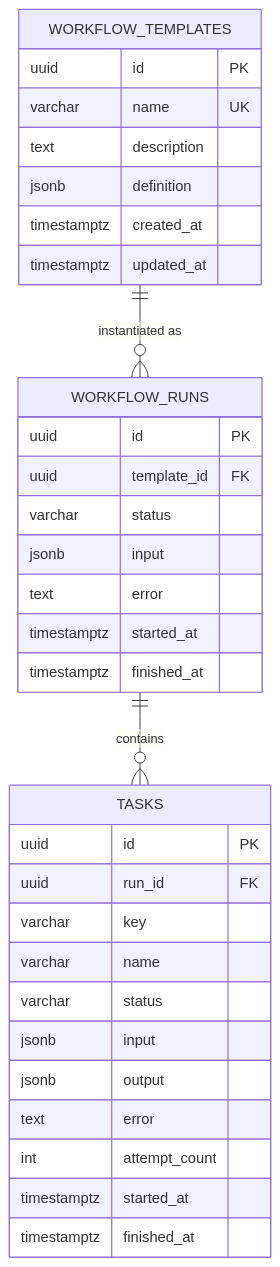
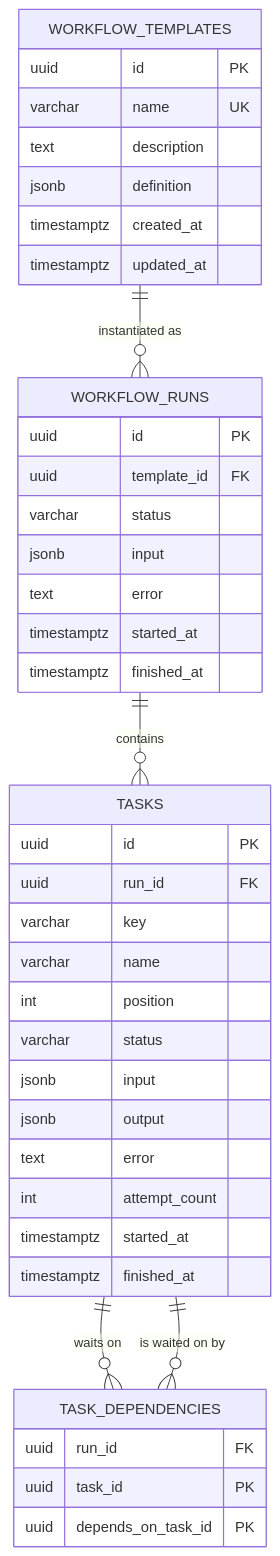
The third of 3 diagrams in docs/architecture/README.md (danielakinremi1-dev/agentfleet), drawn with Mermaid before and after one commit. The commit also changed other lines of this file and 8 other files, not shown here.

````diff
--- a/docs/architecture/README.md
+++ b/docs/architecture/README.md
@@ -96,36 +97,44 @@
 ```mermaid
 erDiagram
     WORKFLOW_TEMPLATES ||--o{ WORKFLOW_RUNS : "instantiated as"
     WORKFLOW_RUNS ||--o{ TASKS : "contains"
+    TASKS ||--o{ TASK_DEPENDENCIES : "waits on"
+    TASKS ||--o{ TASK_DEPENDENCIES : "is waited on by"
 
     WORKFLOW_TEMPLATES {
         uuid id PK
         varchar name UK
         text description
         jsonb definition
         timestamptz created_at
         timestamptz updated_at
     }
     WORKFLOW_RUNS {
         uuid id PK
         uuid template_id FK
         varchar status
         jsonb input
         text error
         timestamptz started_at
         timestamptz finished_at
     }
     TASKS {
         uuid id PK
         uuid run_id FK
         varchar key
         varchar name
+        int position
         varchar status
         jsonb input
         jsonb output
         text error
         int attempt_count
         timestamptz started_at
         timestamptz finished_at
     }
+    TASK_DEPENDENCIES {
+        uuid run_id FK
+        uuid task_id PK
+        uuid depends_on_task_id PK
+    }
 ```
````
